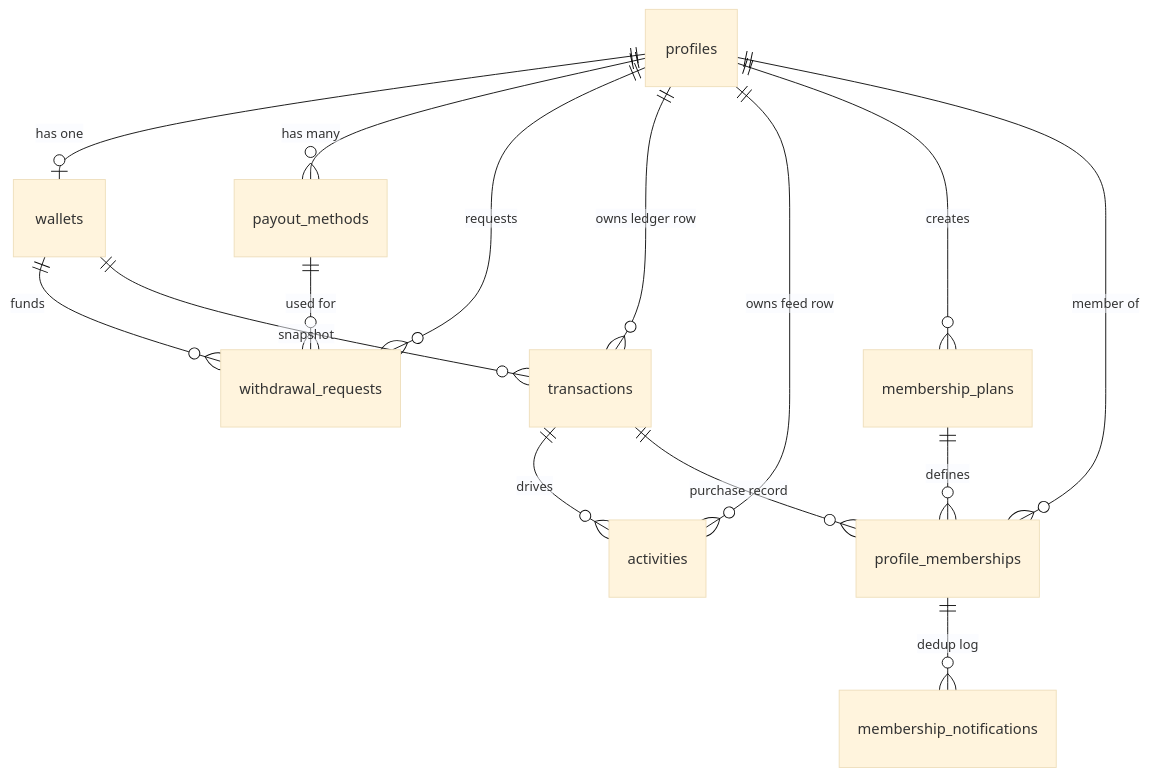
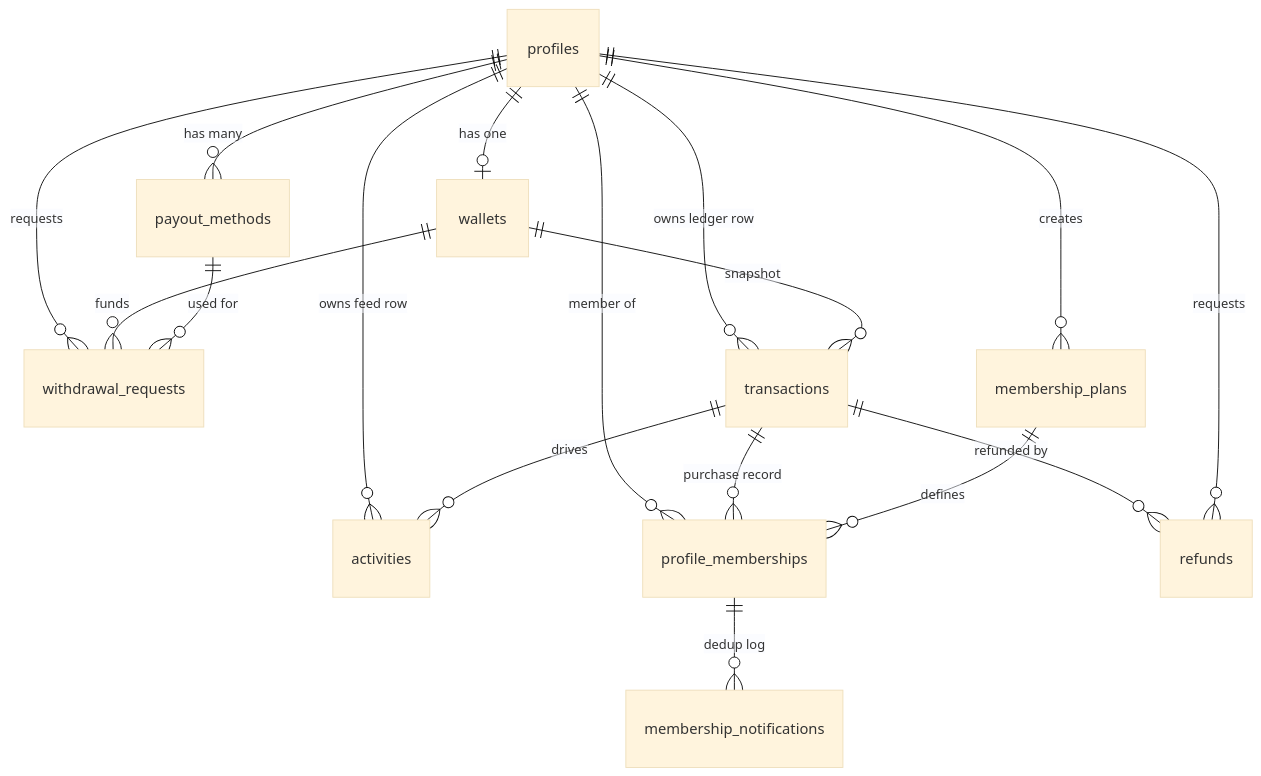
Before and after one commit to hobenakicoffee/libraries: the second of 2 diagrams in docs/payments-and-memberships/backend/index.md, drawn with Mermaid (base theme). The commit also changed other lines of this file and 10 other files, not shown here.

````diff
--- a/docs/payments-and-memberships/backend/index.md
+++ b/docs/payments-and-memberships/backend/index.md
@@ -59,20 +60,22 @@
 ```mermaid
 erDiagram
     profiles ||--o| wallets : "has one"
     profiles ||--o{ payout_methods : "has many"
     profiles ||--o{ withdrawal_requests : "requests"
     profiles ||--o{ transactions : "owns ledger row"
     profiles ||--o{ activities : "owns feed row"
     profiles ||--o{ membership_plans : "creates"
     profiles ||--o{ profile_memberships : "member of"
 
     wallets ||--o{ withdrawal_requests : "funds"
     wallets ||--o{ transactions : "snapshot"
     payout_methods ||--o{ withdrawal_requests : "used for"
 
     transactions ||--o{ activities : "drives"
     transactions ||--o{ profile_memberships : "purchase record"
+    transactions ||--o{ refunds : "refunded by"
+    profiles ||--o{ refunds : "requests"
 
     membership_plans ||--o{ profile_memberships : "defines"
     profile_memberships ||--o{ membership_notifications : "dedup log"
 ```
````
